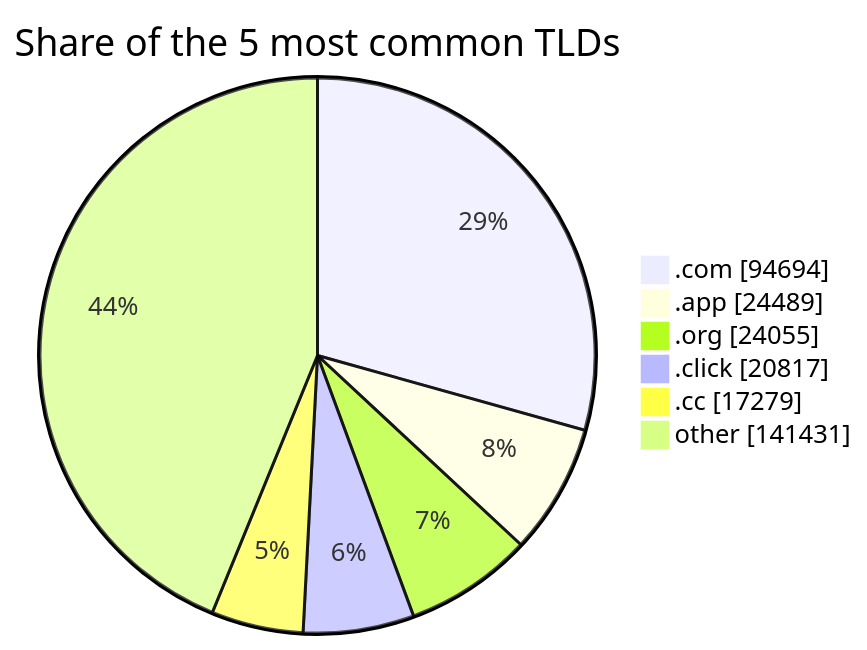
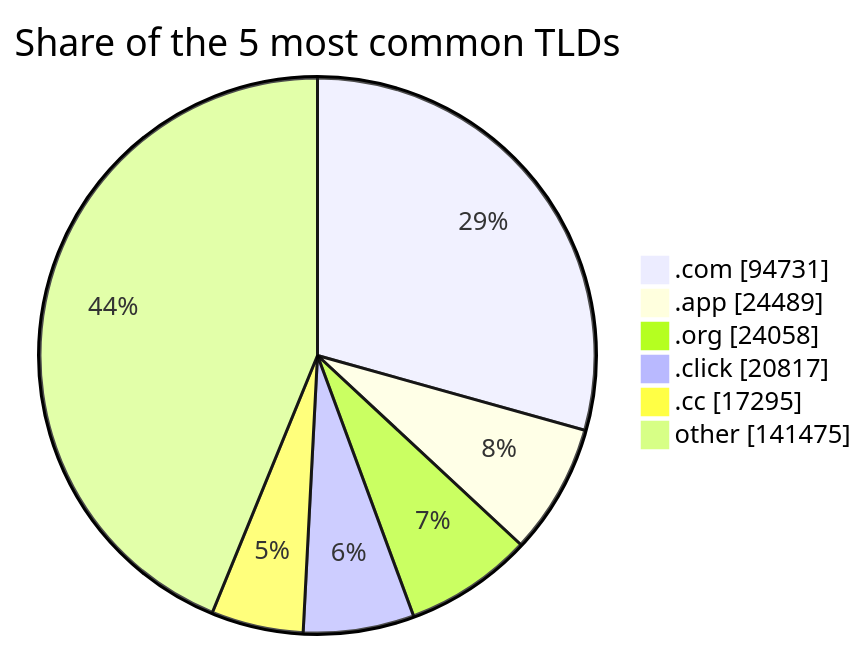
Before and after one commit to DNSBunker/CTI: the third of 3 diagrams in README.md, drawn with Mermaid. The commit also changed other lines of this file and 3 other files, not shown here.

````diff
--- a/README.md
+++ b/README.md
@@ -81,9 +81,9 @@
 ```mermaid
 pie showData title Share of the 5 most common TLDs
-    ".com" : 94694
+    ".com" : 94731
     ".app" : 24489
-    ".org" : 24055
+    ".org" : 24058
     ".click" : 20817
-    ".cc" : 17279
-    "other" : 141431
+    ".cc" : 17295
+    "other" : 141475
 ```
````
